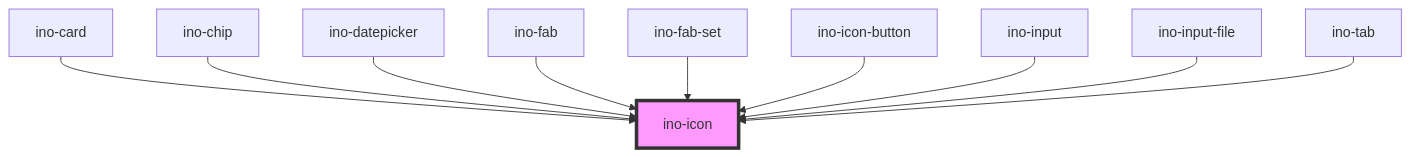
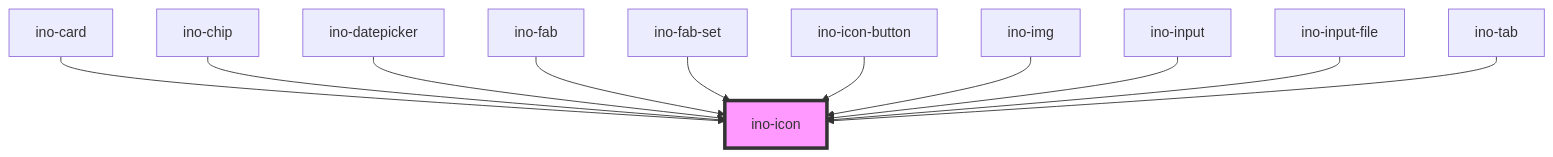
The diagram in packages/elements/src/components/ino-icon/readme.md (inovex/elements), drawn with Mermaid before and after one commit. The commit also changed other lines of this file and 8 other files, not shown here.

Commit message:
feat(elements|ino-img): add fallback img

````diff
--- a/packages/elements/src/components/ino-icon/readme.md
+++ b/packages/elements/src/components/ino-icon/readme.md
@@ -137,13 +138,14 @@
 ```mermaid
 graph TD;
   ino-card --> ino-icon
   ino-chip --> ino-icon
   ino-datepicker --> ino-icon
   ino-fab --> ino-icon
   ino-fab-set --> ino-icon
   ino-icon-button --> ino-icon
+  ino-img --> ino-icon
   ino-input --> ino-icon
   ino-input-file --> ino-icon
   ino-tab --> ino-icon
   style ino-icon fill:#f9f,stroke:#333,stroke-width:4px
 ```
````
